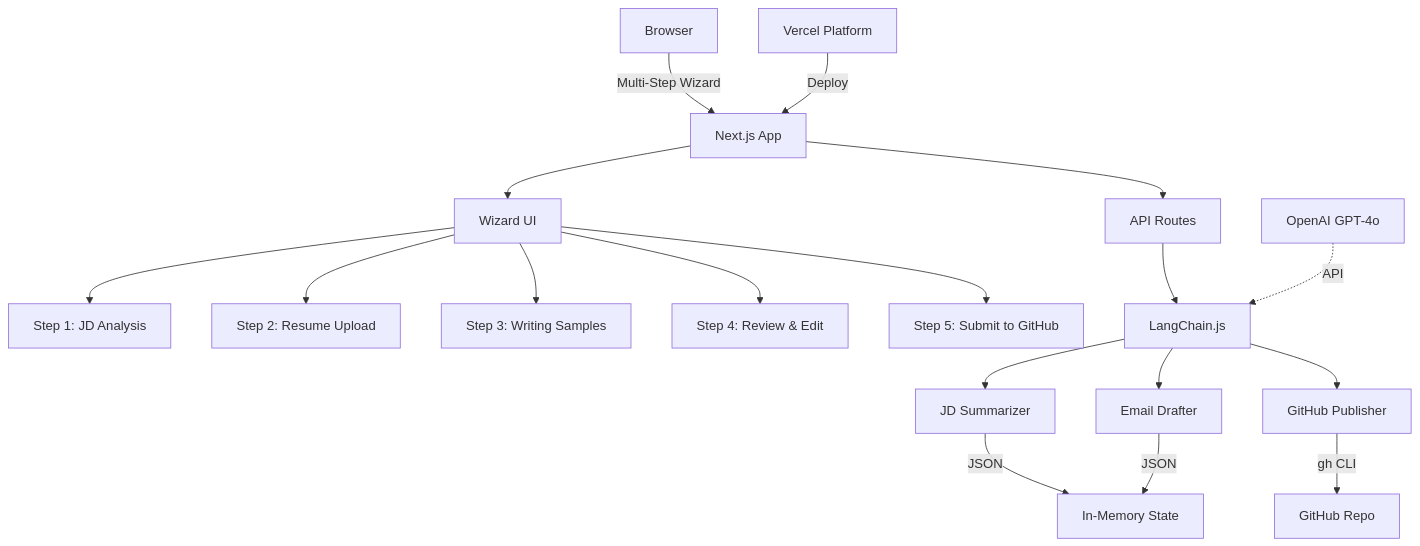
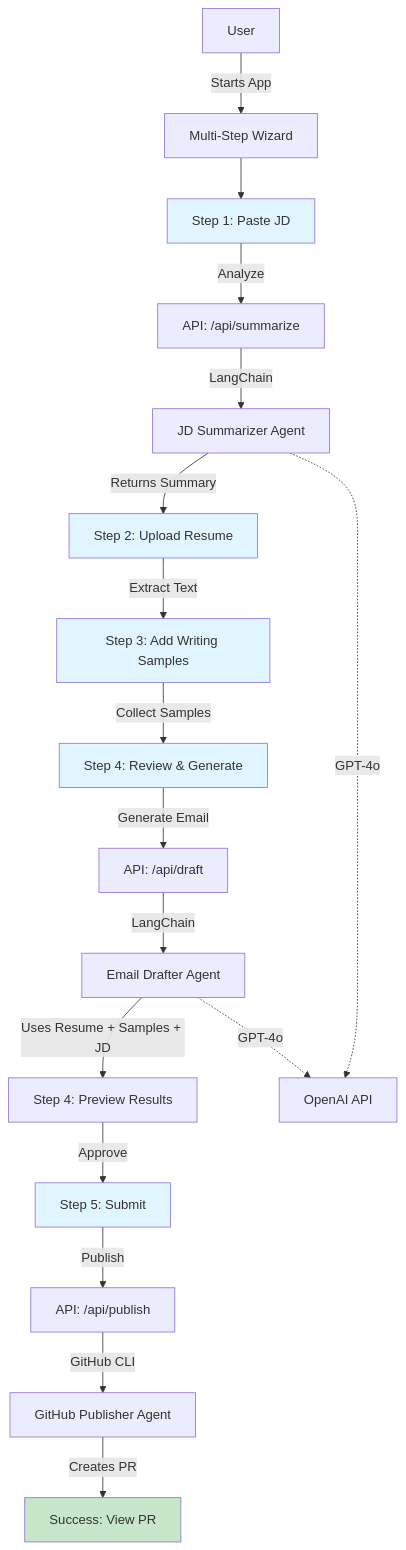
The diagram in README.md (superuserjr/adi-vp-agent-demo), drawn with Mermaid before and after one commit.

Commit message:
Revise README.md to enhance the multi-step wizard diagram for job application processing. Update flow to clarify user interactions and API integrations, including JD analysis, resume upload, email drafting, and GitHub submission. Improve visual styling for better readability.

````diff
--- a/README.md
+++ b/README.md
@@ -18,27 +18,31 @@
 ```mermaid
 graph TD
-    Browser[Browser] -->|Multi-Step Wizard| Next[Next.js App]
+    User[User] -->|Starts App| Wizard[Multi-Step Wizard]
     
-    Next --> Wizard[Wizard UI]
-    Next --> API[API Routes]
+    Wizard --> Step1[Step 1: Paste JD]
+    Step1 -->|Analyze| API1[API: /api/summarize]
+    API1 -->|LangChain| JDAgent[JD Summarizer Agent]
+    JDAgent -->|Returns Summary| Step2[Step 2: Upload Resume]
     
-    Wizard --> Step1[Step 1: JD Analysis]
-    Wizard --> Step2[Step 2: Resume Upload]
-    Wizard --> Step3[Step 3: Writing Samples]
-    Wizard --> Step4[Step 4: Review & Edit]
-    Wizard --> Step5[Step 5: Submit to GitHub]
+    Step2 -->|Extract Text| Step3[Step 3: Add Writing Samples]
+    Step3 -->|Collect Samples| Step4[Step 4: Review & Generate]
     
-    API --> LangChain[LangChain.js]
+    Step4 -->|Generate Email| API2[API: /api/draft]
+    API2 -->|LangChain| EmailAgent[Email Drafter Agent]
+    EmailAgent -->|Uses Resume + Samples + JD| Step4Preview[Step 4: Preview Results]
     
-    LangChain --> Agent1[JD Summarizer]
-    LangChain --> Agent2[Email Drafter]  
-    LangChain --> Agent3[GitHub Publisher]
+    Step4Preview -->|Approve| Step5[Step 5: Submit]
+    Step5 -->|Publish| API3[API: /api/publish]
+    API3 -->|GitHub CLI| GitAgent[GitHub Publisher Agent]
+    GitAgent -->|Creates PR| Success[Success: View PR]
     
-    Agent1 -->|JSON| Memory[In-Memory State]
-    Agent2 -->|JSON| Memory
-    Agent3 -->|gh CLI| GitHub[GitHub Repo]
+    JDAgent -.->|GPT-4o| OpenAI[OpenAI API]
+    EmailAgent -.->|GPT-4o| OpenAI
     
-    OpenAI[OpenAI GPT-4o] -.->|API| LangChain
-    
-    Vercel[Vercel Platform] -->|Deploy| Next
+    style Step1 fill:#e1f5fe
+    style Step2 fill:#e1f5fe
+    style Step3 fill:#e1f5fe
+    style Step4 fill:#e1f5fe
+    style Step5 fill:#e1f5fe
+    style Success fill:#c8e6c9
 ```
````
